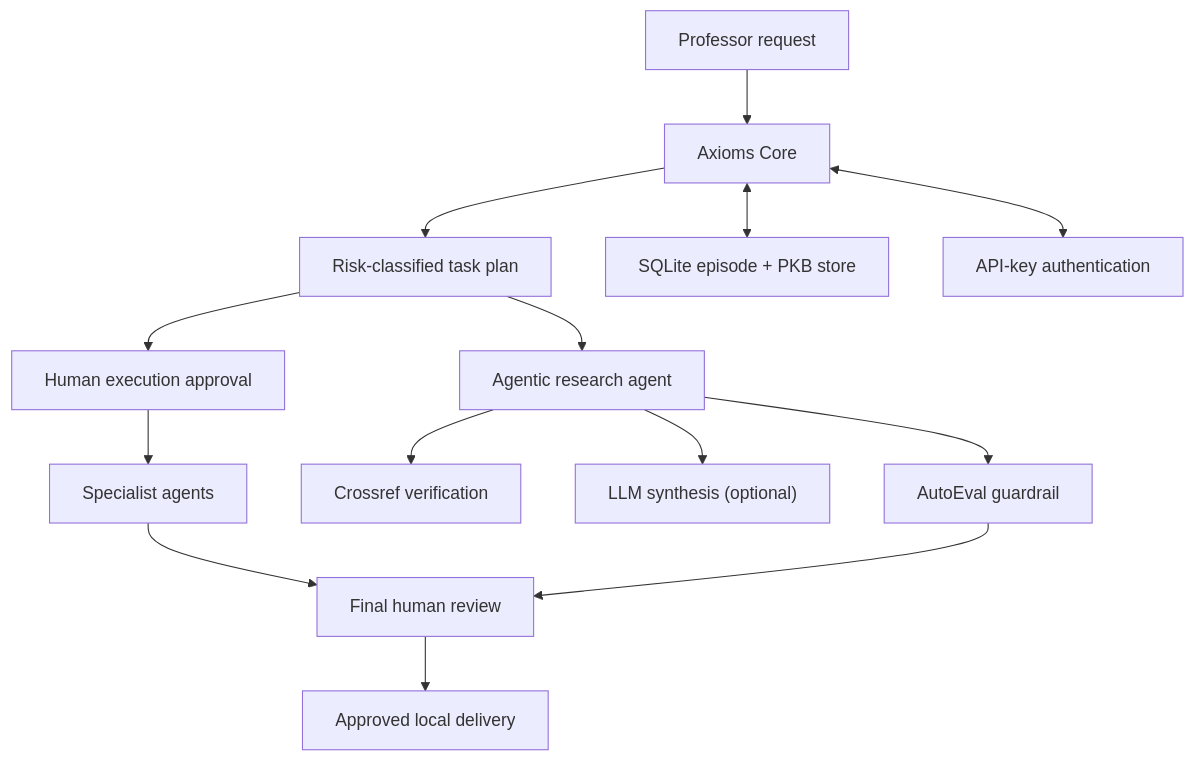
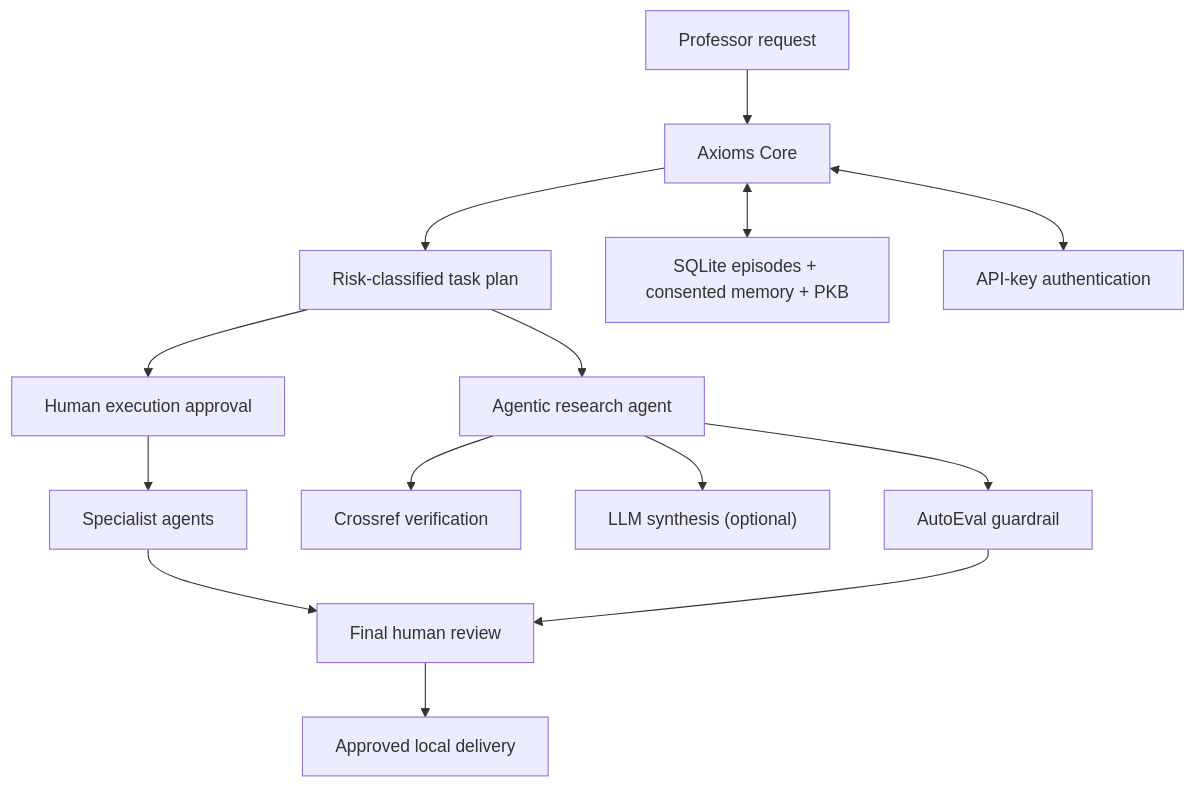
One commit to DrAslamJaved/Axioms_AI_System changed the diagram in README.md. Above: the diagram before and after it, drawn with Mermaid. The commit also changed other lines of this file, not shown here.

Commit message:
feat: add consented episodic memory

````diff
--- a/README.md
+++ b/README.md
@@ -38,16 +40,16 @@
 ```mermaid
 flowchart TD
   U["Professor request"] --> C["Axioms Core"]
   C --> P["Risk-classified task plan"]
   P --> G["Human execution approval"]
   G --> L["Specialist agents"]
   P --> R["Agentic research agent"]
   R --> CR["Crossref verification"]
   R --> LLM["LLM synthesis (optional)"]
   R --> AE["AutoEval guardrail"]
   L --> A["Final human review"]
   AE --> A
   A --> D["Approved local delivery"]
-  C <--> M["SQLite episode + PKB store"]
+  C <--> M["SQLite episodes + consented memory + PKB"]
   C <--> Auth["API-key authentication"]
 ```
````
